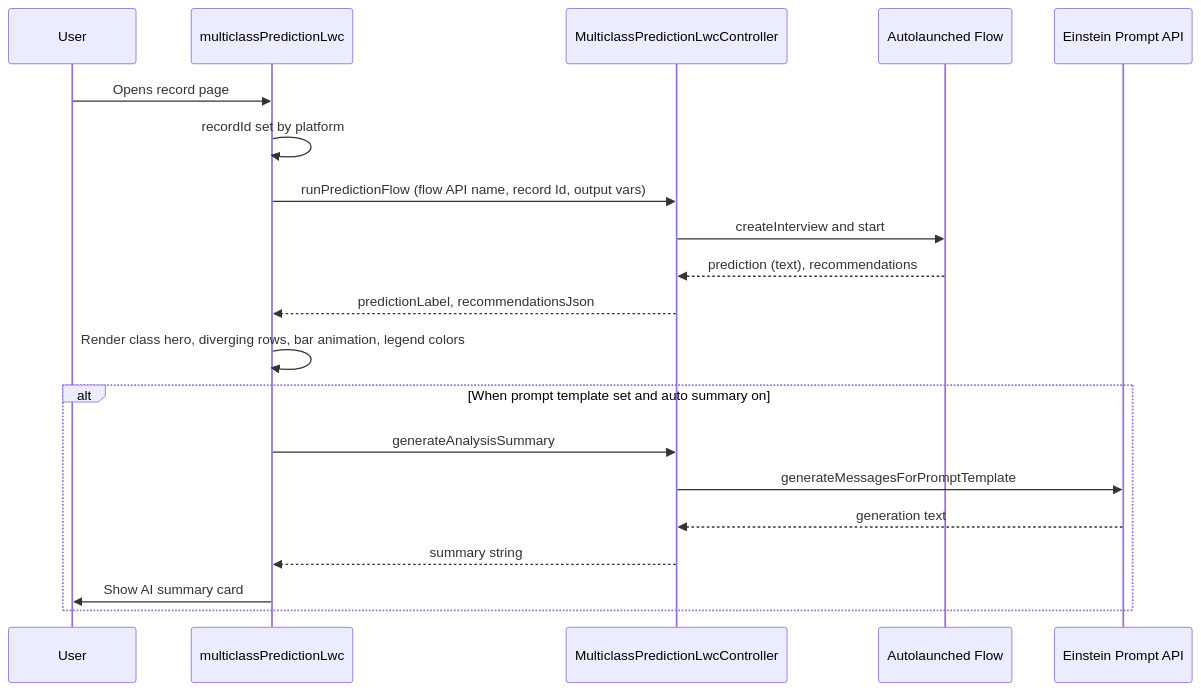
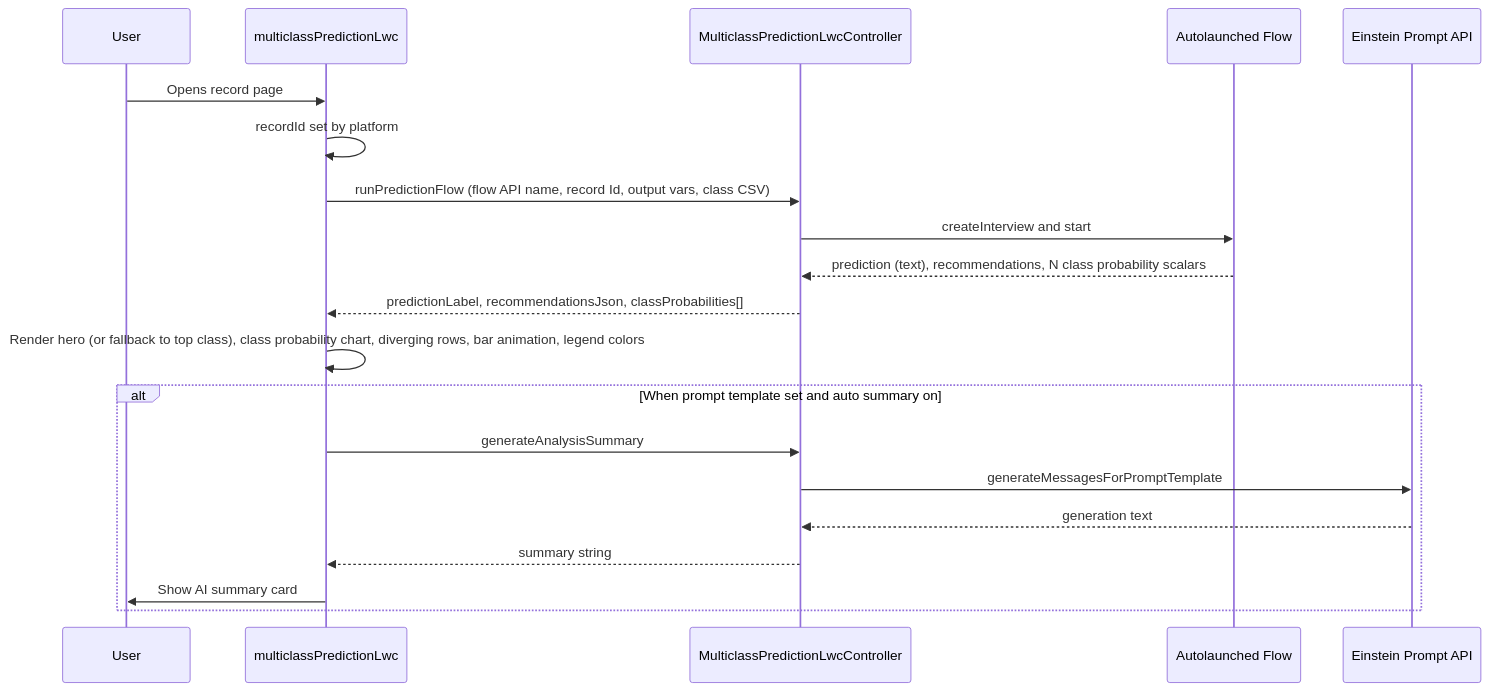
The first of 4 diagrams in DC_Multiclass_Prediction_LWC/docs/ARCHITECTURE.md (josers18/JDO), drawn with Mermaid before and after one commit. The commit also changed other lines of this file and 12 other files, not shown here.

First line of the commit message:
docs: sync all docs with class probabilities chart feature

````diff
--- a/DC_Multiclass_Prediction_LWC/docs/ARCHITECTURE.md
+++ b/DC_Multiclass_Prediction_LWC/docs/ARCHITECTURE.md
@@ -20,24 +20,24 @@
 ```mermaid
 sequenceDiagram
     participant User
     participant LWC as multiclassPredictionLwc
     participant Apex as MulticlassPredictionLwcController
     participant Flow as Autolaunched Flow
     participant LLM as Einstein Prompt API
 
     User->>LWC: Opens record page
     LWC->>LWC: recordId set by platform
-    LWC->>Apex: runPredictionFlow (flow API name, record Id, output vars)
+    LWC->>Apex: runPredictionFlow (flow API name, record Id, output vars, class CSV)
     Apex->>Flow: createInterview and start
-    Flow-->>Apex: prediction (text), recommendations
-    Apex-->>LWC: predictionLabel, recommendationsJson
-    LWC->>LWC: Render class hero, diverging rows, bar animation, legend colors
+    Flow-->>Apex: prediction (text), recommendations, N class probability scalars
+    Apex-->>LWC: predictionLabel, recommendationsJson, classProbabilities[]
+    LWC->>LWC: Render hero (or fallback to top class), class probability chart, diverging rows, bar animation, legend colors
 
     alt When prompt template set and auto summary on
         LWC->>Apex: generateAnalysisSummary
         Apex->>LLM: generateMessagesForPromptTemplate
         LLM-->>Apex: generation text
         Apex-->>LWC: summary string
         LWC->>User: Show AI summary card
     end
 ```
````
